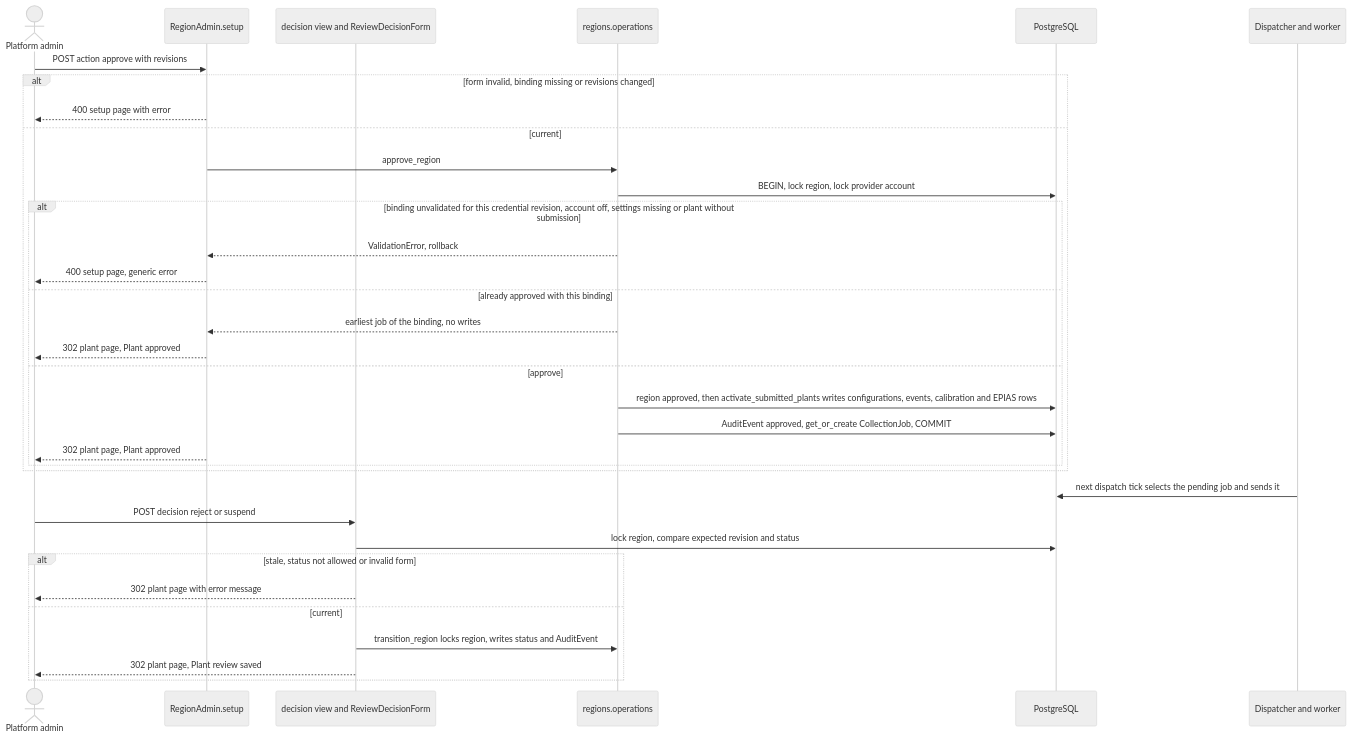
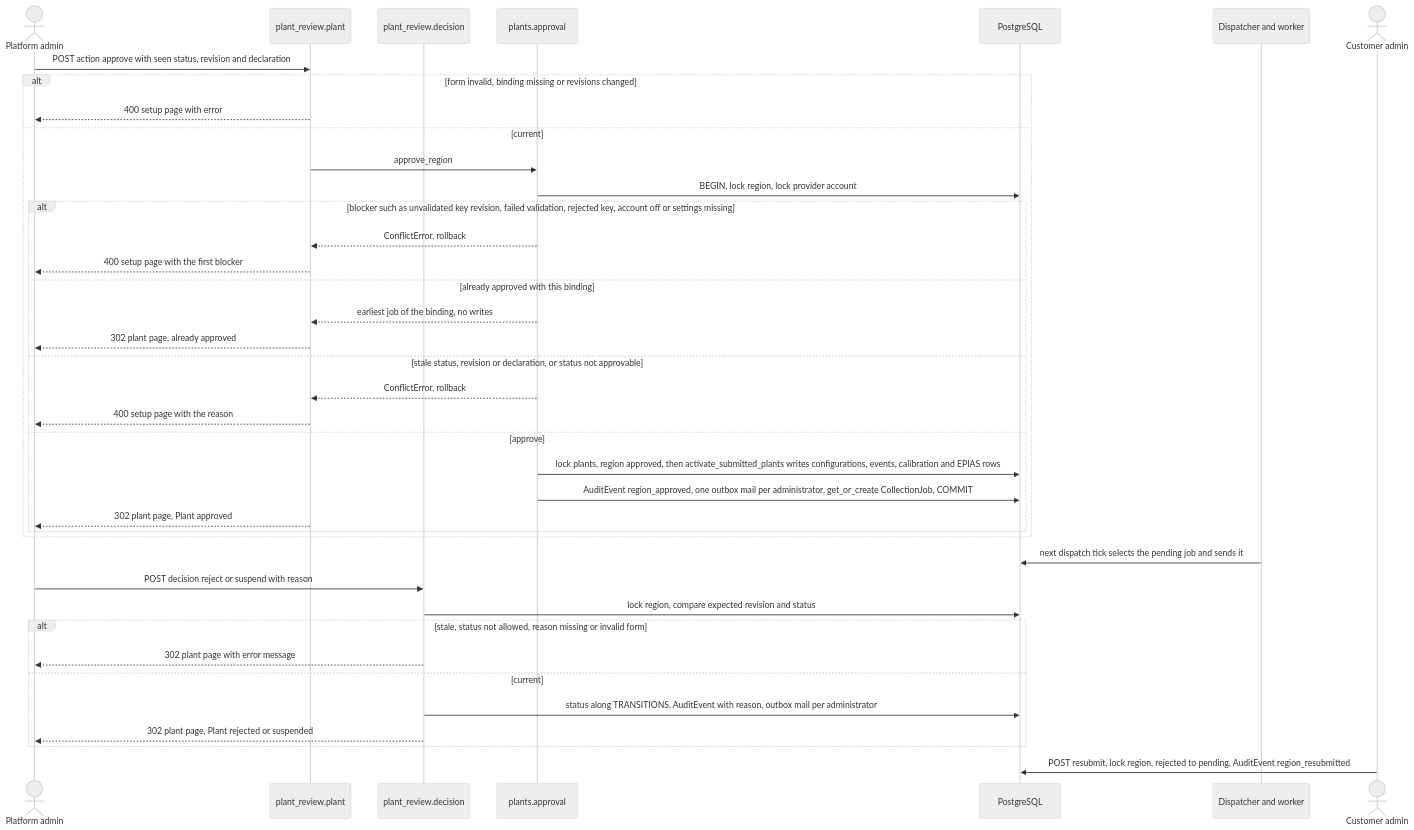
Before and after one commit to erkurtharun/pyracast: the diagram in docs/flows/plant-approval.md, drawn with Mermaid (neutral theme). The commit also changed other lines of this file and 85 other files, not shown here.

First line of the commit message:
Bring the flow pages in line with the code (#107)

````diff
--- a/docs/flows/plant-approval.md
+++ b/docs/flows/plant-approval.md
@@ -14,36 +15,41 @@
 ```mermaid
 sequenceDiagram
     actor A as Platform admin
-    participant S as RegionAdmin.setup
-    participant D as decision view and ReviewDecisionForm
-    participant O as regions.operations
+    participant S as plant_review.plant
+    participant D as plant_review.decision
+    participant O as plants.approval
     participant DB as PostgreSQL
     participant W as Dispatcher and worker
-    A->>S: POST action approve with revisions
+    actor C as Customer admin
+    A->>S: POST action approve with seen status, revision and declaration
     alt form invalid, binding missing or revisions changed
         S-->>A: 400 setup page with error
     else current
         S->>O: approve_region
         O->>DB: BEGIN, lock region, lock provider account
-        alt binding unvalidated for this credential revision, account off, settings missing or plant without submission
-            O-->>S: ValidationError, rollback
-            S-->>A: 400 setup page, generic error
+        alt blocker such as unvalidated key revision, failed validation, rejected key, account off or settings missing
+            O-->>S: ConflictError, rollback
+            S-->>A: 400 setup page with the first blocker
         else already approved with this binding
             O-->>S: earliest job of the binding, no writes
-            S-->>A: 302 plant page, Plant approved
+            S-->>A: 302 plant page, already approved
+        else stale status, revision or declaration, or status not approvable
+            O-->>S: ConflictError, rollback
+            S-->>A: 400 setup page with the reason
         else approve
-            O->>DB: region approved, then activate_submitted_plants writes configurations, events, calibration and EPIAS rows
-            O->>DB: AuditEvent approved, get_or_create CollectionJob, COMMIT
+            O->>DB: lock plants, region approved, then activate_submitted_plants writes configurations, events, calibration and EPIAS rows
+            O->>DB: AuditEvent region_approved, one outbox mail per administrator, get_or_create CollectionJob, COMMIT
             S-->>A: 302 plant page, Plant approved
         end
     end
     W->>DB: next dispatch tick selects the pending job and sends it
-    A->>D: POST decision reject or suspend
+    A->>D: POST decision reject or suspend with reason
     D->>DB: lock region, compare expected revision and status
-    alt stale, status not allowed or invalid form
+    alt stale, status not allowed, reason missing or invalid form
         D-->>A: 302 plant page with error message
     else current
-        D->>O: transition_region locks region, writes status and AuditEvent
-        D-->>A: 302 plant page, Plant review saved
+        D->>DB: status along TRANSITIONS, AuditEvent with reason, outbox mail per administrator
+        D-->>A: 302 plant page, Plant rejected or suspended
     end
+    C->>DB: POST resubmit, lock region, rejected to pending, AuditEvent region_resubmitted
 ```
````
